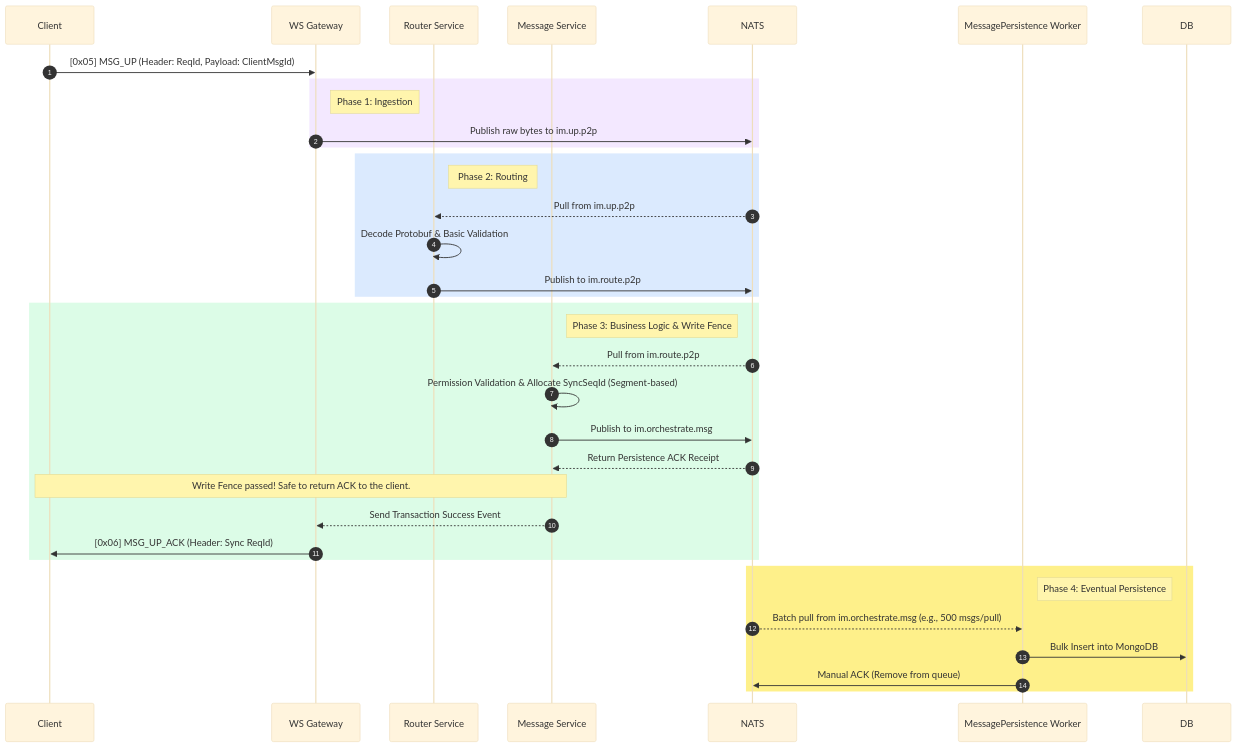
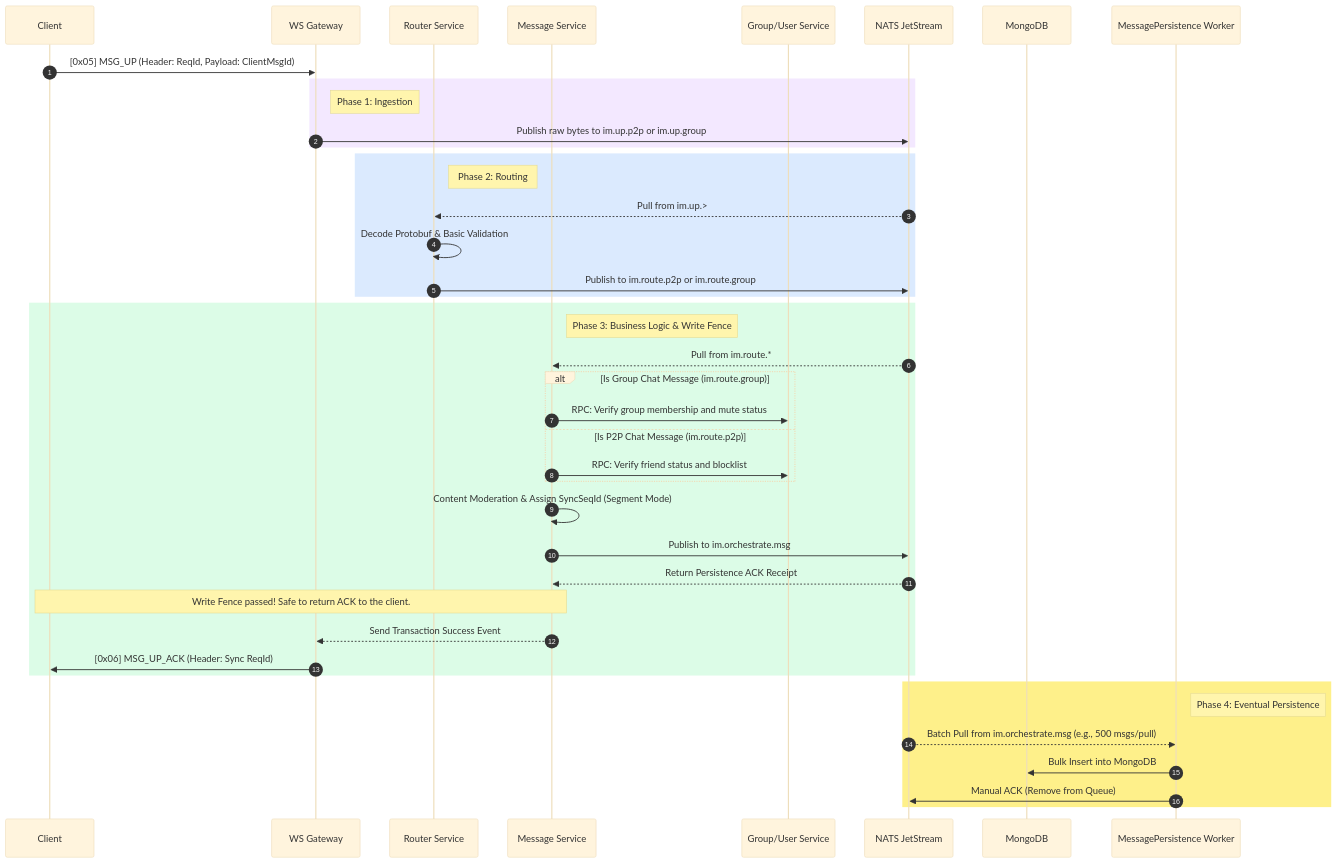
One commit to JamesWilson19970101/ocean.chat.docs changed the diagram in docs/devdocs/Bussiness Logic/Message sending and database storage.md. Above: the diagram before and after it, drawn with Mermaid (base theme). The commit also changed other lines of this file and 13 other files, not shown here.

First line of the commit message:
docs: add group message flow and cursor state architecture

````diff
--- a/docs/devdocs/Bussiness Logic/Message sending and database storage.md
+++ b/docs/devdocs/Bussiness Logic/Message sending and database storage.md
@@ -60,40 +60,49 @@
 ```mermaid
 sequenceDiagram
     autonumber
     participant Client as Client
     participant Gateway as WS Gateway
     participant Router as Router Service
     participant Message as Message Service
-Client->>Gateway: [0x05] MSG_UP (Header: ReqId, Payload: ClientMsgId)
+    participant GroupUser as Group/User Service
+    participant NATS as NATS JetStream
+    participant DB as MongoDB
 
-rect rgb(243, 232, 255)
-    note right of Gateway: Phase 1: Ingestion
-    Gateway->>NATS: Publish raw bytes to im.up.p2p
-end
+    Client->>Gateway: [0x05] MSG_UP (Header: ReqId, Payload: ClientMsgId)
 
-rect rgb(219, 234, 254)
-    note right of Router: Phase 2: Routing
-    NATS-->>Router: Pull from im.up.p2p
-    Router->>Router: Decode Protobuf & Basic Validation
-    Router->>NATS: Publish to im.route.p2p
-end
+    rect rgb(243, 232, 255)
+        note right of Gateway: Phase 1: Ingestion
+        Gateway->>NATS: Publish raw bytes to im.up.p2p or im.up.group
+    end
 
-rect rgb(220, 252, 231)
-    note right of Message: Phase 3: Business Logic & Write Fence
-    NATS-->>Message: Pull from im.route.p2p
-    Message->>Message: Permission Validation & Allocate SyncSeqId (Segment-based)
-    Message->>NATS: Publish to im.orchestrate.msg
-    NATS-->>Message: Return Persistence ACK Receipt
+    rect rgb(219, 234, 254)
+        note right of Router: Phase 2: Routing
+        NATS-->>Router: Pull from im.up.>
+        Router->>Router: Decode Protobuf & Basic Validation
+        Router->>NATS: Publish to im.route.p2p or im.route.group
+    end
 
-    note over Message, Client: Write Fence passed! Safe to return ACK to the client.
-    Message-->>Gateway: Send Transaction Success Event
-    Gateway->>Client: [0x06] MSG_UP_ACK (Header: Sync ReqId)
-end
+    rect rgb(220, 252, 231)
+        note right of Message: Phase 3: Business Logic & Write Fence
+        NATS-->>Message: Pull from im.route.*
+        alt Is Group Chat Message (im.route.group)
+            Message->>GroupUser: RPC: Verify group membership and mute status
+        else Is P2P Chat Message (im.route.p2p)
+            Message->>GroupUser: RPC: Verify friend status and blocklist
+        end
+        Message->>Message: Content Moderation & Assign SyncSeqId (Segment Mode)
+        Message->>NATS: Publish to im.orchestrate.msg
+        NATS-->>Message: Return Persistence ACK Receipt
 
-rect rgb(254, 240, 138)
-    note right of MessagePersistence Worker: Phase 4: Eventual Persistence
-    NATS-->>MessagePersistence Worker: Batch pull from im.orchestrate.msg (e.g., 500 msgs/pull)
-    MessagePersistence Worker->>DB: Bulk Insert into MongoDB
-    MessagePersistence Worker->>NATS: Manual ACK (Remove from queue)
-end
+        note over Message, Client: Write Fence passed! Safe to return ACK to the client.
+        Message-->>Gateway: Send Transaction Success Event
+        Gateway->>Client: [0x06] MSG_UP_ACK (Header: Sync ReqId)
+    end
+
+    rect rgb(254, 240, 138)
+        note right of MessagePersistence Worker: Phase 4: Eventual Persistence
+        NATS-->>MessagePersistence Worker: Batch Pull from im.orchestrate.msg (e.g., 500 msgs/pull)
+        MessagePersistence Worker->>DB: Bulk Insert into MongoDB
+        MessagePersistence Worker->>NATS: Manual ACK (Remove from Queue)
+    end
 ```
````
